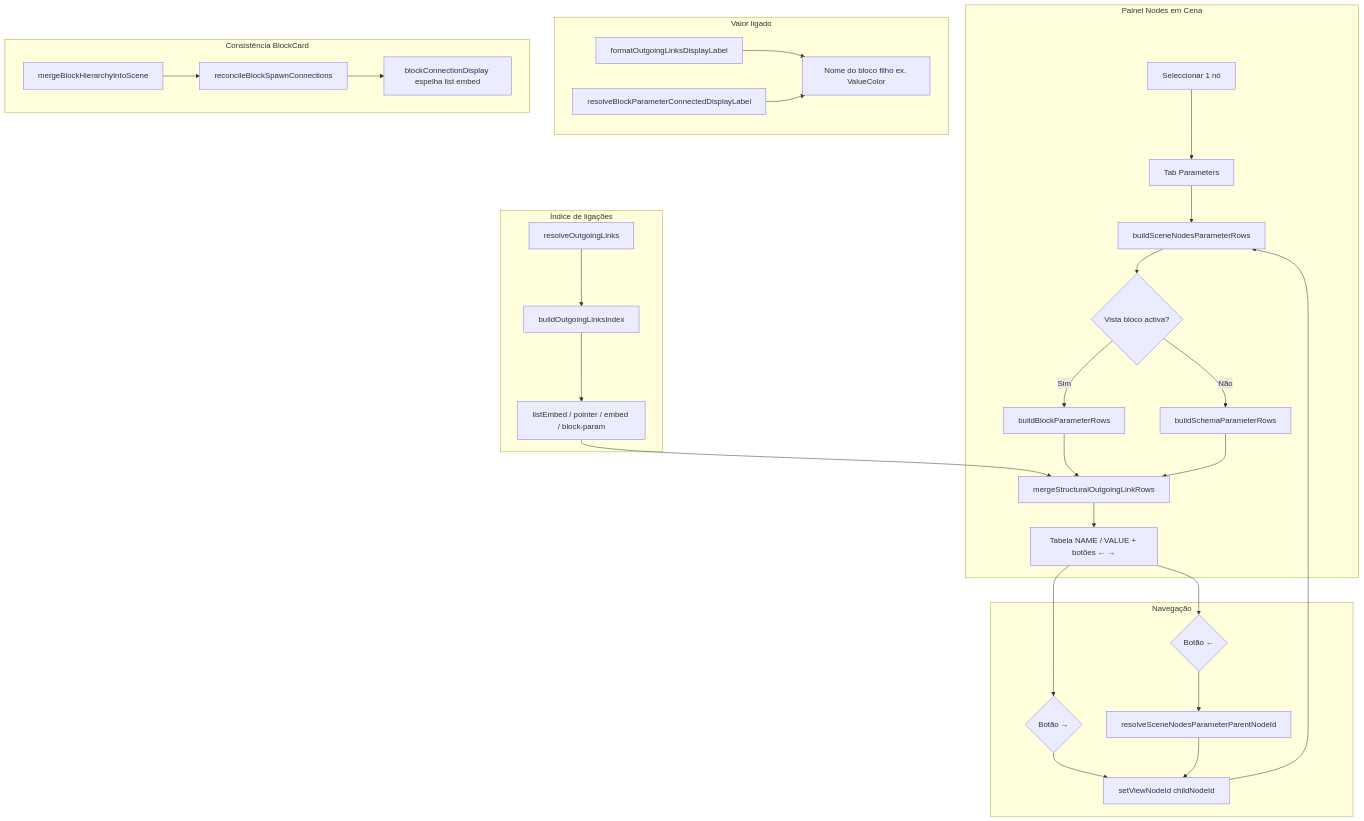
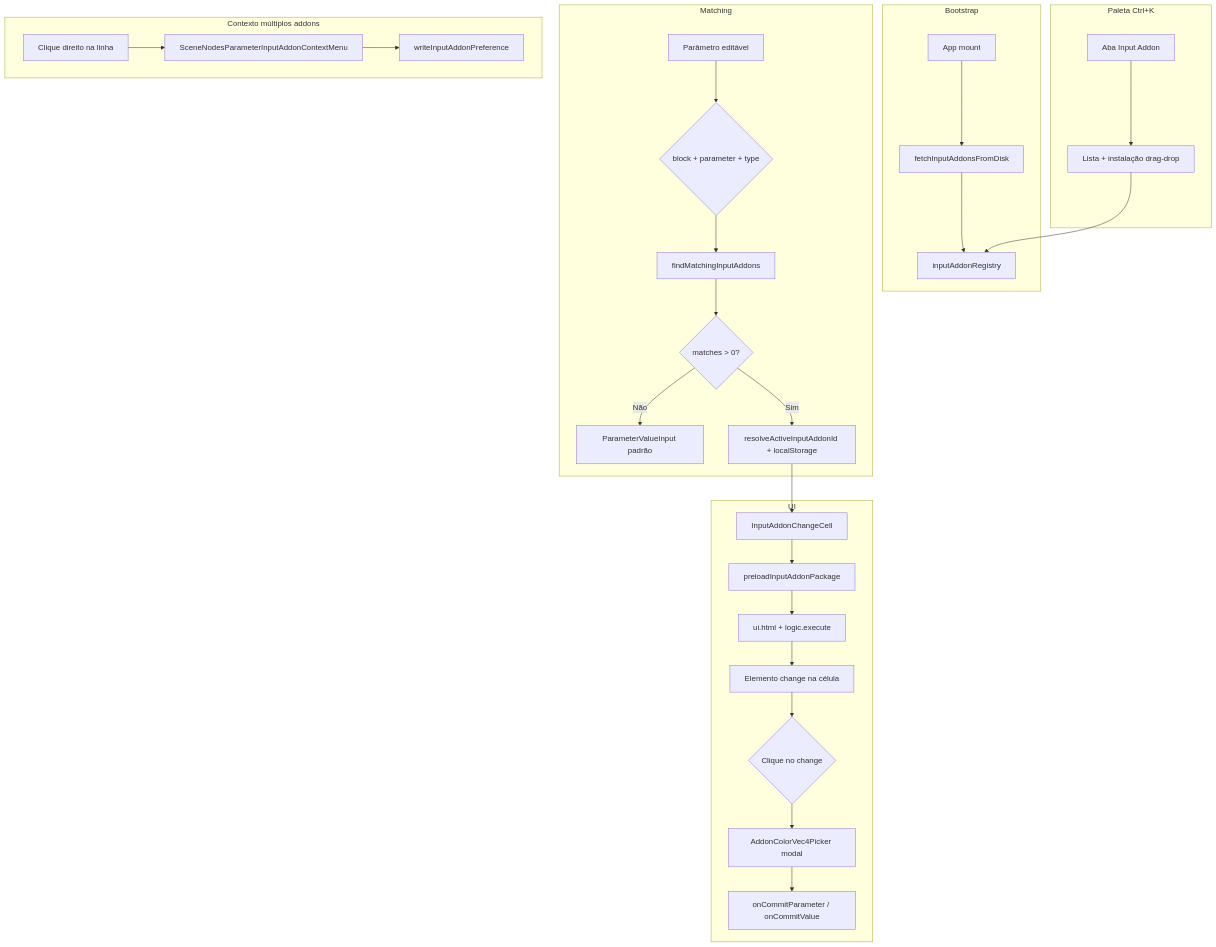
One commit to JunioCesar96/Node-Graphs-League-of-Legends changed the first of 2 diagrams in README.md. Above: the diagram before and after it, drawn with Mermaid. The commit also changed other lines of this file and 1 other file, not shown here.

Commit message:
docs: README e hash do commit na feature input-addons

````diff
--- a/README.md
+++ b/README.md
@@ -37,38 +37,35 @@
 ```mermaid
 graph TD
-  subgraph panel [Painel Nodes em Cena]
-    A[Seleccionar 1 nó] --> B[Tab Parameters]
-    B --> C[buildSceneNodesParameterRows]
-    C --> D{Vista bloco activa?}
-    D -->|Sim| E[buildBlockParameterRows]
-    D -->|Não| F[buildSchemaParameterRows]
-    E --> G[mergeStructuralOutgoingLinkRows]
-    F --> G
-    G --> H[Tabela NAME / VALUE + botões ← →]
+  subgraph boot [Bootstrap]
+    A[App mount] --> B[fetchInputAddonsFromDisk]
+    B --> C[inputAddonRegistry]
   end
 
-  subgraph graph [Índice de ligações]
-    I[resolveOutgoingLinks] --> J[buildOutgoingLinksIndex]
-    J --> K[listEmbed / pointer / embed / block-param]
-    K --> G
+  subgraph match [Matching]
+    D[Parâmetro editável] --> E{block + parameter + type}
+    E --> F[findMatchingInputAddons]
+    F --> G{matches > 0?}
+    G -->|Não| H[ParameterValueInput padrão]
+    G -->|Sim| I[resolveActiveInputAddonId + localStorage]
   end
 
-  subgraph nav [Navegação]
-    H --> L{Botão →}
-    L --> M[setViewNodeId childNodeId]
-    M --> C
-    H --> N{Botão ←}
-    N --> O[resolveSceneNodesParameterParentNodeId]
-    O --> M
+  subgraph ui [UI]
+    I --> J[InputAddonChangeCell]
+    J --> K[preloadInputAddonPackage]
+    K --> L[ui.html + logic.execute]
+    L --> M[Elemento change na célula]
+    M --> N{Clique no change}
+    N --> O[AddonColorVec4Picker modal]
+    O --> P[onCommitParameter / onCommitValue]
   end
 
-  subgraph display [Valor ligado]
-    P[formatOutgoingLinksDisplayLabel] --> Q[Nome do bloco filho ex. ValueColor]
-    R[resolveBlockParameterConnectedDisplayLabel] --> Q
+  subgraph palette [Paleta Ctrl+K]
+    Q[Aba Input Addon] --> R[Lista + instalação drag-drop]
+    R --> C
   end
 
-  subgraph blocks [Consistência BlockCard]
-    S[mergeBlockHierarchyIntoScene] --> T[reconcileBlockSpawnConnections]
-    T --> U[blockConnectionDisplay espelha list embed]
+  subgraph ctx [Contexto múltiplos addons]
+    S[Clique direito na linha] --> T[SceneNodesParameterInputAddonContextMenu]
+    T --> U[writeInputAddonPreference]
   end
 ```
````
